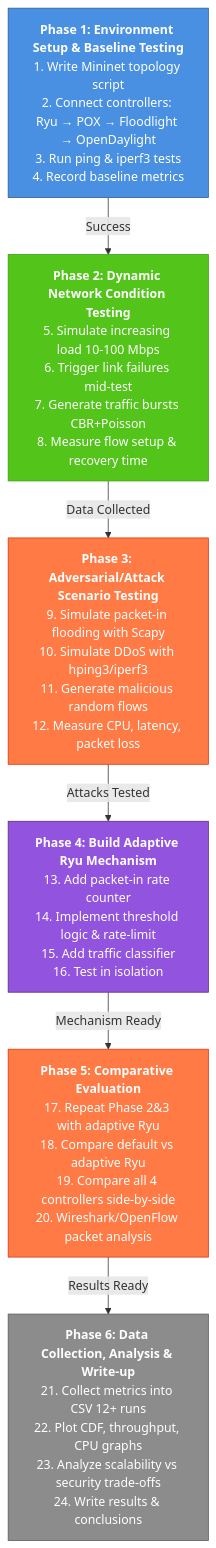
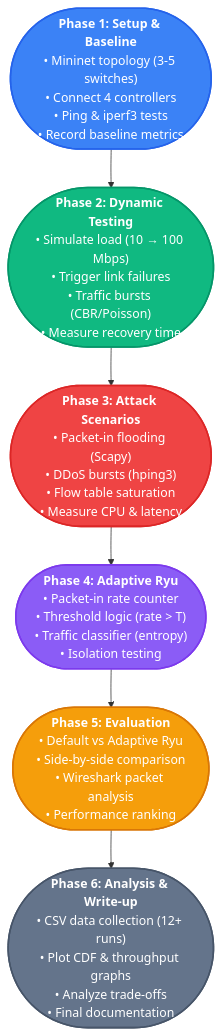
The diagram in Thesis/Process/Flowchart.md (lenin-24/Dhaka-University), drawn with Mermaid before and after one commit. The commit also changed other lines of this file, not shown here.

````diff
--- a/Thesis/Process/Flowchart.md
+++ b/Thesis/Process/Flowchart.md
@@ -10,21 +1,26 @@
 ```mermaid
-graph TD
-    A["<b>Phase 1: Environment Setup & Baseline Testing</b><br/>1. Write Mininet topology script<br/>2. Connect controllers: Ryu → POX → Floodlight → OpenDaylight<br/>3. Run ping & iperf3 tests<br/>4. Record baseline metrics"] -->|Success| B
+flowchart TD
+    %% Modern, professional color palette
+    classDef p1 fill:#3b82f6,stroke:#2563eb,color:#fff,stroke-width:2px;
+    classDef p2 fill:#10b981,stroke:#059669,color:#fff,stroke-width:2px;
+    classDef p3 fill:#ef4444,stroke:#dc2626,color:#fff,stroke-width:2px;
+    classDef p4 fill:#8b5cf6,stroke:#7c3aed,color:#fff,stroke-width:2px;
+    classDef p5 fill:#f59e0b,stroke:#d97706,color:#fff,stroke-width:2px;
+    classDef p6 fill:#64748b,stroke:#475569,color:#fff,stroke-width:2px;
 
-    B["<b>Phase 2: Dynamic Network Condition Testing</b><br/>5. Simulate increasing load 10-100 Mbps<br/>6. Trigger link failures mid-test<br/>7. Generate traffic bursts CBR+Poisson<br/>8. Measure flow setup & recovery time"] -->|Data Collected| C
+    %% Concise nodes (keeps boxes perfectly sized and readable)
+    P1(["<b>Phase 1: Setup & Baseline</b><br/>• Mininet topology (3-5 switches)<br/>• Connect 4 controllers<br/>• Ping & iperf3 tests<br/>• Record baseline metrics"]):::p1
+    
+    P2(["<b>Phase 2: Dynamic Testing</b><br/>• Simulate load (10 → 100 Mbps)<br/>• Trigger link failures<br/>• Traffic bursts (CBR/Poisson)<br/>• Measure recovery time"]):::p2
+    
+    P3(["<b>Phase 3: Attack Scenarios</b><br/>• Packet-in flooding (Scapy)<br/>• DDoS bursts (hping3)<br/>• Flow table saturation<br/>• Measure CPU & latency"]):::p3
+    
+    P4(["<b>Phase 4: Adaptive Ryu</b><br/>• Packet-in rate counter<br/>• Threshold logic (rate > T)<br/>• Traffic classifier (entropy)<br/>• Isolation testing"]):::p4
+    
+    P5(["<b>Phase 5: Evaluation</b><br/>• Default vs Adaptive Ryu<br/>• Side-by-side comparison<br/>• Wireshark packet analysis<br/>• Performance ranking"]):::p5
+    
+    P6(["<b>Phase 6: Analysis & Write-up</b><br/>• CSV data collection (12+ runs)<br/>• Plot CDF & throughput graphs<br/>• Analyze trade-offs<br/>• Final documentation"]):::p6
 
-    C["<b>Phase 3: Adversarial/Attack Scenario Testing</b><br/>9. Simulate packet-in flooding with Scapy<br/>10. Simulate DDoS with hping3/iperf3<br/>11. Generate malicious random flows<br/>12. Measure CPU, latency, packet loss"] -->|Attacks Tested| D
-
-    D["<b>Phase 4: Build Adaptive Ryu Mechanism</b><br/>13. Add packet-in rate counter<br/>14. Implement threshold logic & rate-limit<br/>15. Add traffic classifier<br/>16. Test in isolation"] -->|Mechanism Ready| E
-
-    E["<b>Phase 5: Comparative Evaluation</b><br/>17. Repeat Phase 2&3 with adaptive Ryu<br/>18. Compare default vs adaptive Ryu<br/>19. Compare all 4 controllers side-by-side<br/>20. Wireshark/OpenFlow packet analysis"] -->|Results Ready| F
-
-    F["<b>Phase 6: Data Collection, Analysis & Write-up</b><br/>21. Collect metrics into CSV 12+ runs<br/>22. Plot CDF, throughput, CPU graphs<br/>23. Analyze scalability vs security trade-offs<br/>24. Write results & conclusions"]
-
-    style A fill:#4A90E2,stroke:#2E5C8A,color:#fff
-    style B fill:#52C41A,stroke:#389E0D,color:#fff
-    style C fill:#FF7A45,stroke:#D4380D,color:#fff
-    style D fill:#9254DE,stroke:#5B2C6F,color:#fff
-    style E fill:#FF7A45,stroke:#D4380D,color:#fff
-    style F fill:#8C8C8C,stroke:#595959,color:#fff
+    %% Elegant, clean connections
+    P1 --> P2 --> P3 --> P4 --> P5 --> P6
 ```
````
